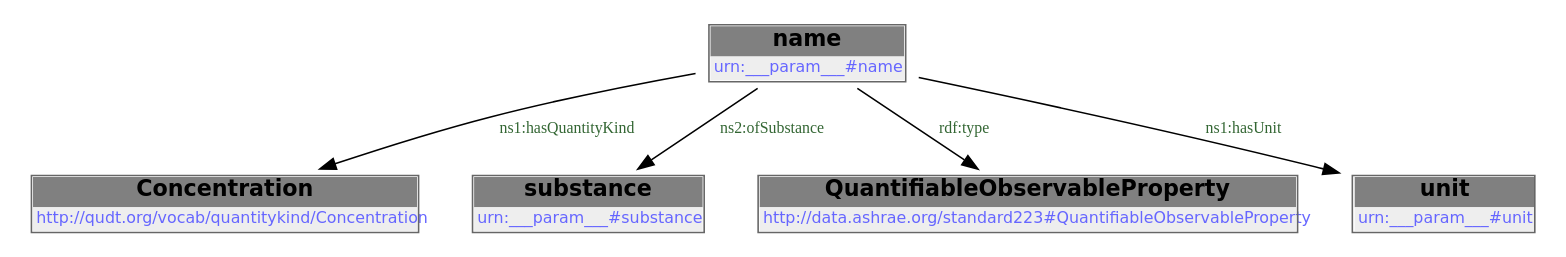
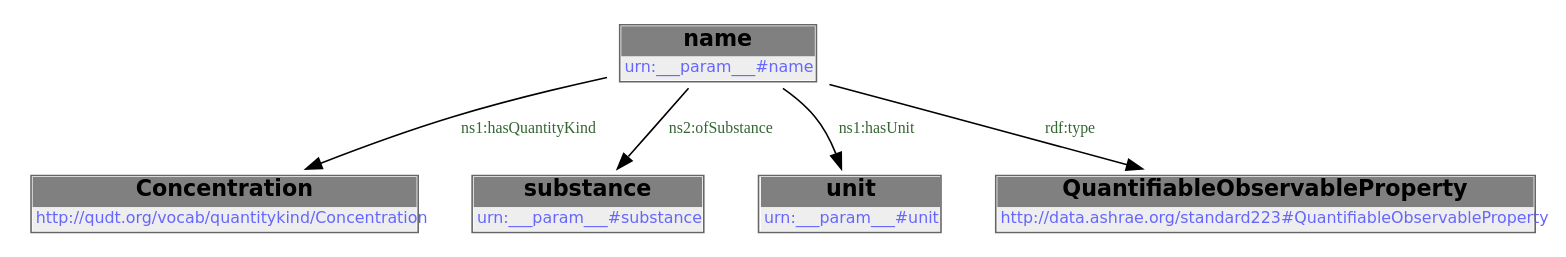
One commit to DataDrivenCPS/water-ontology changed the second of 2 diagrams in docs/libraries/templates/concentration.rst. Above: the diagram before and after it, drawn with Graphviz. The commit also changed 33 other files, not shown here.

```diff
--- a/docs/libraries/templates/concentration.rst
+++ b/docs/libraries/templates/concentration.rst
@@ -81,14 +81,14 @@
         .. graphviz::
 
                 digraph G {
             node [fontname="DejaVu Sans"];
             node0 -> node1 [color=BLACK, label=< <font point-size='10' color='#336633'>ns1:hasQuantityKind</font> >];
             node0 -> node2 [color=BLACK, label=< <font point-size='10' color='#336633'>ns2:ofSubstance</font> >];
-            node0 -> node3 [color=BLACK, label=< <font point-size='10' color='#336633'>rdf:type</font> >];
-            node0 -> node4 [color=BLACK, label=< <font point-size='10' color='#336633'>ns1:hasUnit</font> >];
+            node0 -> node3 [color=BLACK, label=< <font point-size='10' color='#336633'>ns1:hasUnit</font> >];
+            node0 -> node4 [color=BLACK, label=< <font point-size='10' color='#336633'>rdf:type</font> >];
             node0 [shape=none, color=black, label=< <table color='#666666' cellborder='0' cellspacing='0' border='1'><tr><td colspan='2' bgcolor='grey'><B>name</B></td></tr><tr><td href='urn:___param___#name' bgcolor='#eeeeee' colspan='2'><font point-size='10' color='#6666ff'>urn:___param___#name</font></td></tr></table> >];
             node1 [shape=none, color=black, label=< <table color='#666666' cellborder='0' cellspacing='0' border='1'><tr><td colspan='2' bgcolor='grey'><B>Concentration</B></td></tr><tr><td href='http://qudt.org/vocab/quantitykind/Concentration' bgcolor='#eeeeee' colspan='2'><font point-size='10' color='#6666ff'>http://qudt.org/vocab/quantitykind/Concentration</font></td></tr></table> >];
             node2 [shape=none, color=black, label=< <table color='#666666' cellborder='0' cellspacing='0' border='1'><tr><td colspan='2' bgcolor='grey'><B>substance</B></td></tr><tr><td href='urn:___param___#substance' bgcolor='#eeeeee' colspan='2'><font point-size='10' color='#6666ff'>urn:___param___#substance</font></td></tr></table> >];
-            node3 [shape=none, color=black, label=< <table color='#666666' cellborder='0' cellspacing='0' border='1'><tr><td colspan='2' bgcolor='grey'><B>QuantifiableObservableProperty</B></td></tr><tr><td href='http://data.ashrae.org/standard223#QuantifiableObservableProperty' bgcolor='#eeeeee' colspan='2'><font point-size='10' color='#6666ff'>http://data.ashrae.org/standard223#QuantifiableObservableProperty</font></td></tr></table> >];
-            node4 [shape=none, color=black, label=< <table color='#666666' cellborder='0' cellspacing='0' border='1'><tr><td colspan='2' bgcolor='grey'><B>unit</B></td></tr><tr><td href='urn:___param___#unit' bgcolor='#eeeeee' colspan='2'><font point-size='10' color='#6666ff'>urn:___param___#unit</font></td></tr></table> >];
+            node3 [shape=none, color=black, label=< <table color='#666666' cellborder='0' cellspacing='0' border='1'><tr><td colspan='2' bgcolor='grey'><B>unit</B></td></tr><tr><td href='urn:___param___#unit' bgcolor='#eeeeee' colspan='2'><font point-size='10' color='#6666ff'>urn:___param___#unit</font></td></tr></table> >];
+            node4 [shape=none, color=black, label=< <table color='#666666' cellborder='0' cellspacing='0' border='1'><tr><td colspan='2' bgcolor='grey'><B>QuantifiableObservableProperty</B></td></tr><tr><td href='http://data.ashrae.org/standard223#QuantifiableObservableProperty' bgcolor='#eeeeee' colspan='2'><font point-size='10' color='#6666ff'>http://data.ashrae.org/standard223#QuantifiableObservableProperty</font></td></tr></table> >];
             }
```
